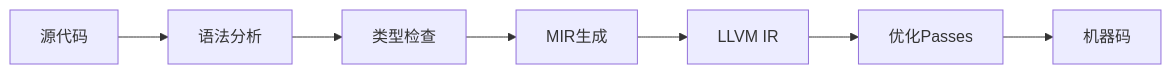
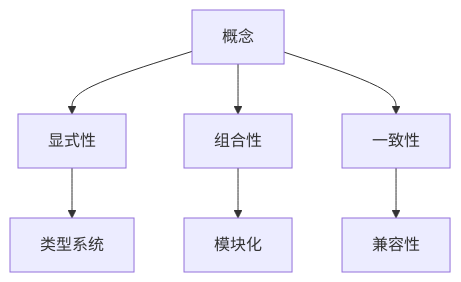
Before and after one commit to martin-ly/rust-lang: the fifth of 5 diagrams in formal_rust/refactor/01_core_theory/01_language_foundations/01_rust_philosophy.md, drawn with Mermaid. The commit also changed other lines of this file and 48 other files, not shown here.

````diff
--- a/formal_rust/refactor/01_core_theory/01_language_foundations/01_rust_philosophy.md
+++ b/formal_rust/refactor/01_core_theory/01_language_foundations/01_rust_philosophy.md
@@ -514,9 +460,9 @@
 ```mermaid
-graph LR
-    A[源代码] --> B[语法分析]
-    B --> C[类型检查]
-    C --> D[MIR生成]
-    D --> E[LLVM IR]
-    E --> F[优化Passes]
-    F --> G[机器码]
+graph TD
+    A[概念] --> B[显式性]
+    A --> C[组合性]
+    A --> D[一致性]
+    B --> E[类型系统]
+    C --> F[模块化]
+    D --> G[兼容性]
 ```
````
